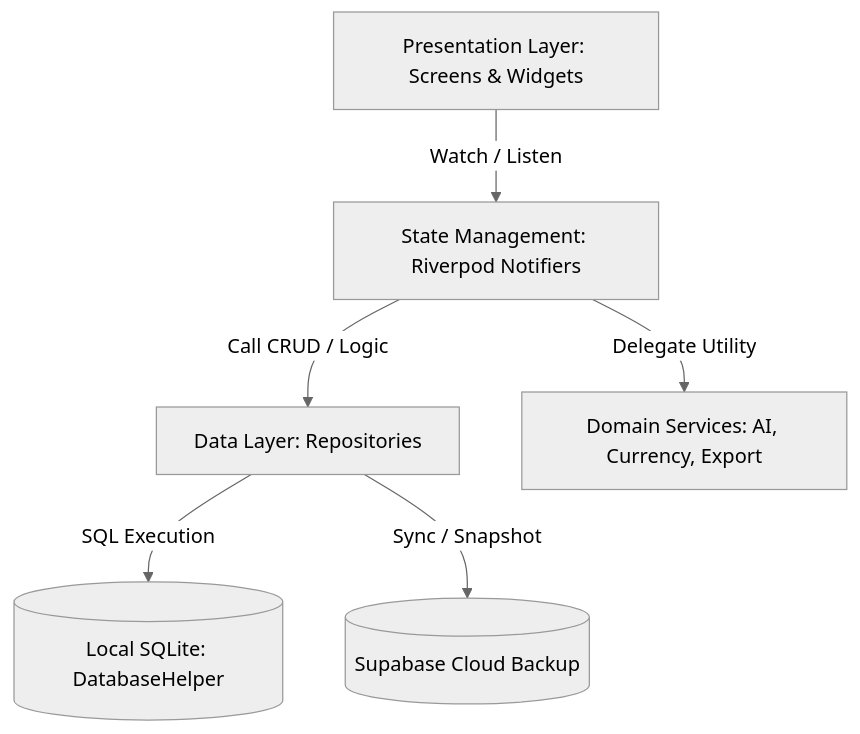
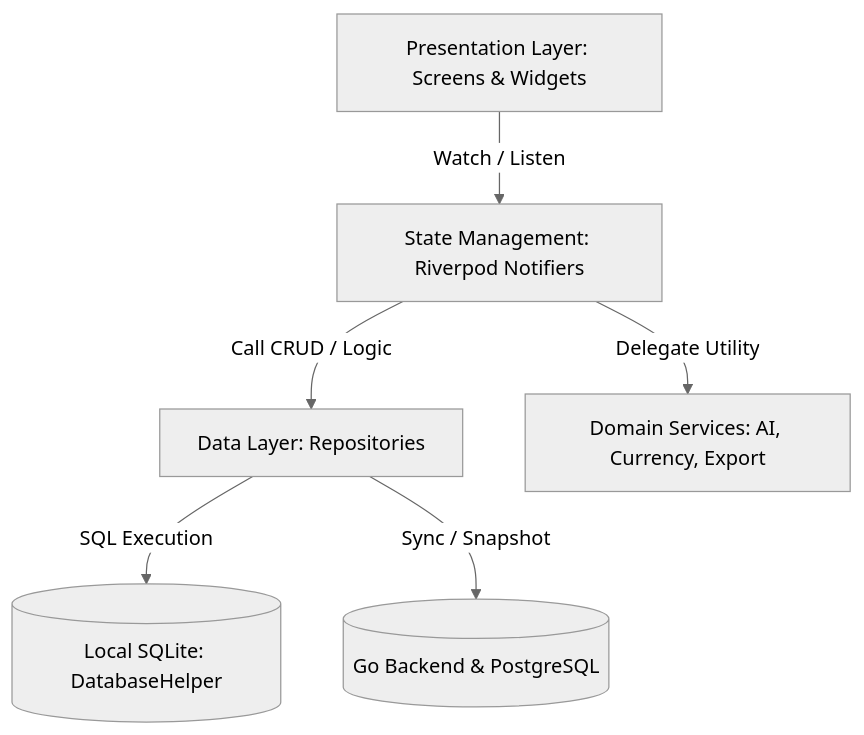
Before and after one commit to giakiet05/simo: the first of 2 diagrams in docs/01_architecture/overview.md, drawn with Mermaid (neutral theme). The commit also changed other lines of this file and 468 other files, not shown here.

````diff
--- a/docs/01_architecture/overview.md
+++ b/docs/01_architecture/overview.md
@@ -36,8 +36,8 @@
 ```mermaid
 graph TD
     UI[Presentation Layer: Screens & Widgets] -->|Watch / Listen| Notifier[State Management: Riverpod Notifiers]
     Notifier -->|Call CRUD / Logic| Repos[Data Layer: Repositories]
     Repos -->|SQL Execution| DB[(Local SQLite: DatabaseHelper)]
-    Repos -->|Sync / Snapshot| Cloud[(Supabase Cloud Backup)]
+    Repos -->|Sync / Snapshot| Cloud[(Go Backend & PostgreSQL)]
     Notifier -->|Delegate Utility| Services[Domain Services: AI, Currency, Export]
 ```
````
